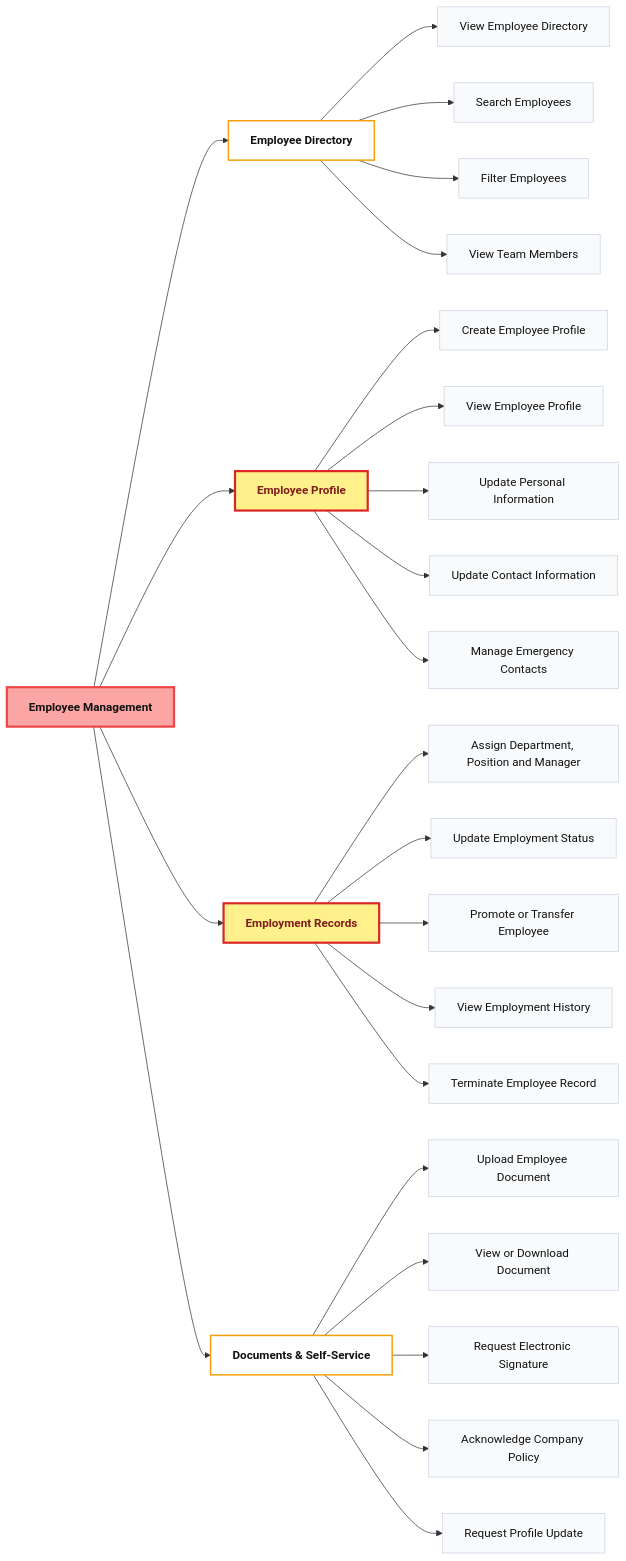
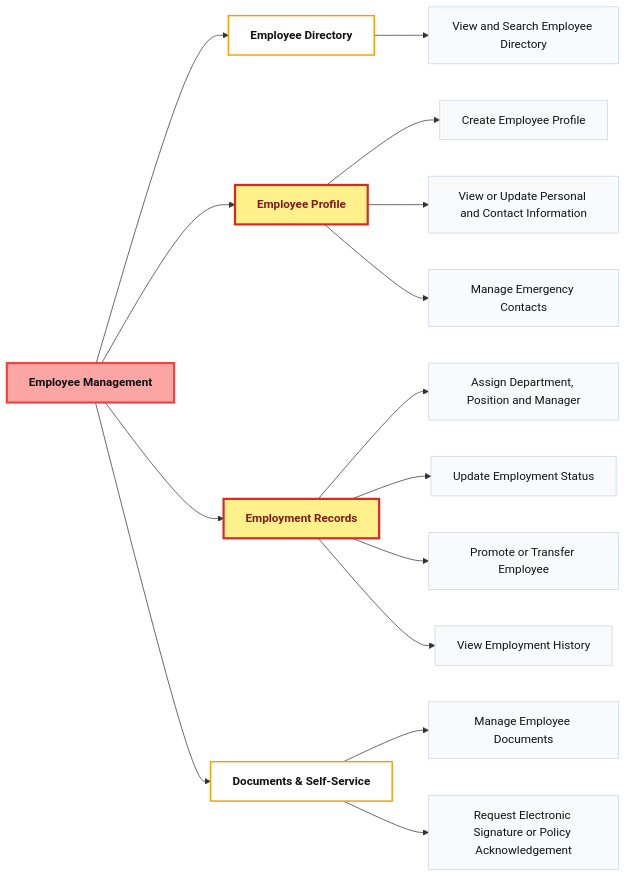
One commit to Hagiakhanh/HR-Workforce-Management changed the fourth of 10 diagrams in README.md. Above: the diagram before and after it, drawn with Mermaid. The commit also changed other lines of this file, not shown here.

Commit message:
list all usecase

````diff
--- a/README.md
+++ b/README.md
@@ -154,42 +145,33 @@
 ```mermaid
 flowchart LR
     classDef module fill:#fca5a5,stroke:#ef4444,stroke-width:3px,color:#111,font-weight:bold;
     classDef feature fill:#ffffff,stroke:#f59e0b,stroke-width:2px,color:#111,font-weight:bold;
     classDef important fill:#fef08a,stroke:#dc2626,stroke-width:3px,color:#7f1d1d,font-weight:bold;
     classDef usecase fill:#f8fafc,stroke:#cbd5e1,color:#111;
 
     EMP["Employee Management"]
 
     EMP --> DIRECTORY["Employee Directory"]
     EMP --> PROFILE["Employee Profile"]
     EMP --> RECORDS["Employment Records"]
     EMP --> DOCUMENTS["Documents & Self-Service"]
 
-    DIRECTORY --> D1["View Employee Directory"]
-    DIRECTORY --> D2["Search Employees"]
-    DIRECTORY --> D3["Filter Employees"]
-    DIRECTORY --> D4["View Team Members"]
+    DIRECTORY --> D1["View and Search Employee Directory"]
 
     PROFILE --> P1["Create Employee Profile"]
-    PROFILE --> P2["View Employee Profile"]
-    PROFILE --> P3["Update Personal Information"]
-    PROFILE --> P4["Update Contact Information"]
-    PROFILE --> P5["Manage Emergency Contacts"]
+    PROFILE --> P2["View or Update Personal and Contact Information"]
+    PROFILE --> P3["Manage Emergency Contacts"]
 
     RECORDS --> R1["Assign Department, Position and Manager"]
     RECORDS --> R2["Update Employment Status"]
     RECORDS --> R3["Promote or Transfer Employee"]
     RECORDS --> R4["View Employment History"]
-    RECORDS --> R5["Terminate Employee Record"]
 
-    DOCUMENTS --> DS1["Upload Employee Document"]
-    DOCUMENTS --> DS2["View or Download Document"]
-    DOCUMENTS --> DS3["Request Electronic Signature"]
-    DOCUMENTS --> DS4["Acknowledge Company Policy"]
-    DOCUMENTS --> DS5["Request Profile Update"]
+    DOCUMENTS --> DS1["Manage Employee Documents"]
+    DOCUMENTS --> DS2["Request Electronic Signature or Policy Acknowledgement"]
 
     class EMP module;
     class DIRECTORY,PROFILE,RECORDS,DOCUMENTS feature;
     class PROFILE,RECORDS important;
-    class D1,D2,D3,D4,P1,P2,P3,P4,P5,R1,R2,R3,R4,R5,DS1,DS2,DS3,DS4,DS5 usecase;
+    class D1,P1,P2,P3,R1,R2,R3,R4,DS1,DS2 usecase;
 ```
````
